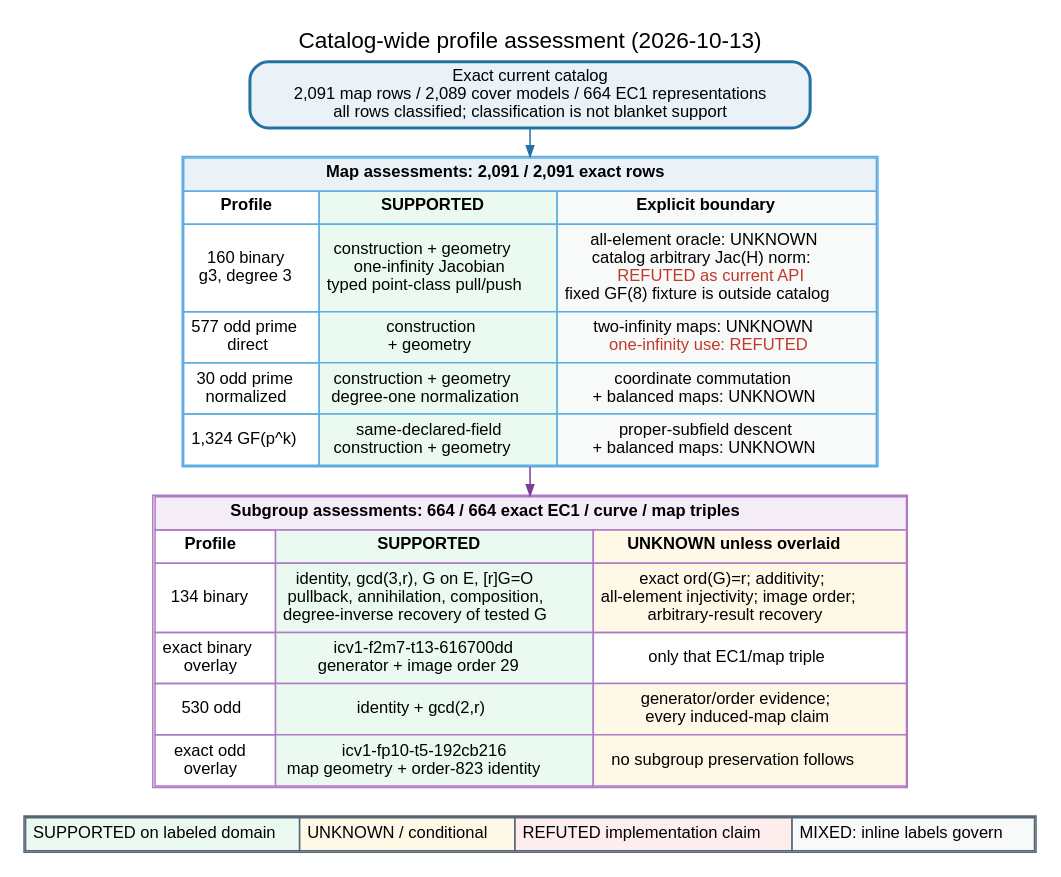
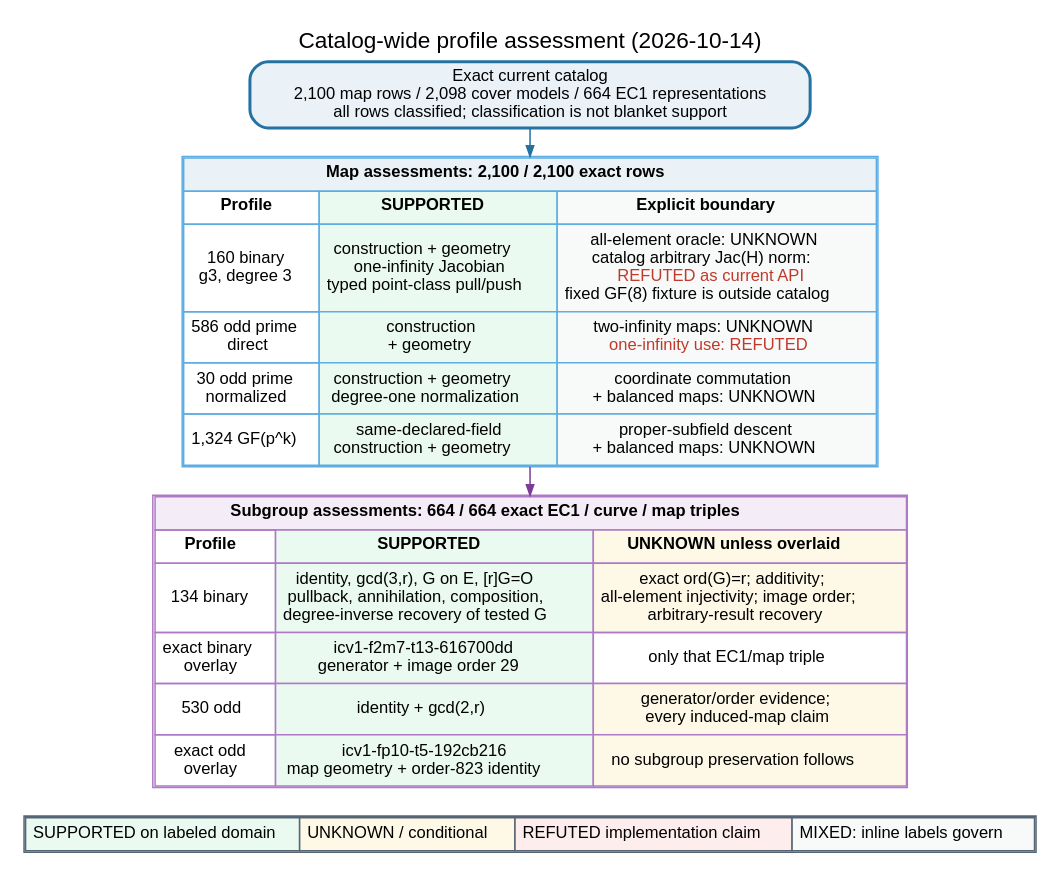
The diagram in research/cover_transfer_assessment_20261013/typed_correspondence.dot (aburan28/crypto), drawn with Graphviz before and after one commit. The commit also changed 28 other files, not shown here.

Commit message:
Refresh cover assessment for 2100-curve catalog

```diff
--- a/research/cover_transfer_assessment_20261013/typed_correspondence.dot
+++ b/research/cover_transfer_assessment_20261013/typed_correspondence.dot
@@ -1,64 +1,64 @@
-// cover-transfer-assessments/v2; catalog_maps=2091; unique_cover_models=2089; geometry_verified_maps=2091; ec1_representations=664; assessed_maps=2091; unassessed_maps=0; assessed_subgroups=664; unassessed_subgroups=0
+// cover-transfer-assessments/v2; catalog_maps=2100; unique_cover_models=2098; geometry_verified_maps=2100; ec1_representations=664; assessed_maps=2100; unassessed_maps=0; assessed_subgroups=664; unassessed_subgroups=0
 digraph cover_transfer_assessment {
   graph [
     rankdir=TB,
     bgcolor="white",
     pad="0.12",
     nodesep="0.20",
     ranksep="0.26",
     fontname="Helvetica",
     fontsize=15,
     labelloc="t",
-    label="Catalog-wide profile assessment (2026-10-13)"
+    label="Catalog-wide profile assessment (2026-10-14)"
   ];
   node [shape=box, style="rounded,filled", fillcolor="white", color="#34495e", fontname="Helvetica", fontsize=11];
   edge [fontname="Helvetica", fontsize=9, color="#34495e", arrowsize=0.7];
 
   catalog [
-    label="Exact current catalog\n2,091 map rows / 2,089 cover models / 664 EC1 representations\nall rows classified; classification is not blanket support",
+    label="Exact current catalog\n2,100 map rows / 2,098 cover models / 664 EC1 representations\nall rows classified; classification is not blanket support",
     fillcolor="#eaf2f8",
     color="#2471a3",
     penwidth=2
   ];
 
   maps [
     shape=plain,
     label=<
       <TABLE BORDER="1" CELLBORDER="1" CELLSPACING="0" CELLPADDING="4" COLOR="#5dade2">
-        <TR><TD COLSPAN="3" BGCOLOR="#eaf2f8"><B>Map assessments: 2,091 / 2,091 exact rows</B></TD></TR>
+        <TR><TD COLSPAN="3" BGCOLOR="#eaf2f8"><B>Map assessments: 2,100 / 2,100 exact rows</B></TD></TR>
         <TR><TD><B>Profile</B></TD><TD BGCOLOR="#eafaf1"><B>SUPPORTED</B></TD><TD BGCOLOR="#f8f9f9"><B>Explicit boundary</B></TD></TR>
         <TR><TD>160 binary<BR/>g3, degree 3</TD><TD BGCOLOR="#eafaf1">construction + geometry<BR/>one-infinity Jacobian<BR/>typed point-class pull/push</TD><TD BGCOLOR="#f8f9f9">all-element oracle: UNKNOWN<BR/>catalog arbitrary Jac(H) norm:<BR/><FONT COLOR="#c0392b">REFUTED as current API</FONT><BR/>fixed GF(8) fixture is outside catalog</TD></TR>
-        <TR><TD>577 odd prime<BR/>direct</TD><TD BGCOLOR="#eafaf1">construction<BR/>+ geometry</TD><TD BGCOLOR="#f8f9f9">two-infinity maps: UNKNOWN<BR/><FONT COLOR="#c0392b">one-infinity use: REFUTED</FONT></TD></TR>
+        <TR><TD>586 odd prime<BR/>direct</TD><TD BGCOLOR="#eafaf1">construction<BR/>+ geometry</TD><TD BGCOLOR="#f8f9f9">two-infinity maps: UNKNOWN<BR/><FONT COLOR="#c0392b">one-infinity use: REFUTED</FONT></TD></TR>
         <TR><TD>30 odd prime<BR/>normalized</TD><TD BGCOLOR="#eafaf1">construction + geometry<BR/>degree-one normalization</TD><TD BGCOLOR="#f8f9f9">coordinate commutation<BR/>+ balanced maps: UNKNOWN</TD></TR>
         <TR><TD>1,324 GF(p^k)</TD><TD BGCOLOR="#eafaf1">same-declared-field<BR/>construction + geometry</TD><TD BGCOLOR="#f8f9f9">proper-subfield descent<BR/>+ balanced maps: UNKNOWN</TD></TR>
       </TABLE>
     >
   ];
 
   subgroups [
     shape=plain,
     label=<
       <TABLE BORDER="1" CELLBORDER="1" CELLSPACING="0" CELLPADDING="4" COLOR="#af7ac5">
         <TR><TD COLSPAN="3" BGCOLOR="#f4ecf7"><B>Subgroup assessments: 664 / 664 exact EC1 / curve / map triples</B></TD></TR>
         <TR><TD><B>Profile</B></TD><TD BGCOLOR="#eafaf1"><B>SUPPORTED</B></TD><TD BGCOLOR="#fef9e7"><B>UNKNOWN unless overlaid</B></TD></TR>
         <TR><TD>134 binary</TD><TD BGCOLOR="#eafaf1">identity, gcd(3,r), G on E, [r]G=O<BR/>pullback, annihilation, composition,<BR/>degree-inverse recovery of tested G</TD><TD BGCOLOR="#fef9e7">exact ord(G)=r; additivity;<BR/>all-element injectivity; image order;<BR/>arbitrary-result recovery</TD></TR>
         <TR><TD>exact binary<BR/>overlay</TD><TD BGCOLOR="#eafaf1">icv1-f2m7-t13-616700dd<BR/>generator + image order 29</TD><TD>only that EC1/map triple</TD></TR>
         <TR><TD>530 odd</TD><TD BGCOLOR="#eafaf1">identity + gcd(2,r)</TD><TD BGCOLOR="#fef9e7">generator/order evidence;<BR/>every induced-map claim</TD></TR>
         <TR><TD>exact odd<BR/>overlay</TD><TD BGCOLOR="#eafaf1">icv1-fp10-t5-192cb216<BR/>map geometry + order-823 identity</TD><TD BGCOLOR="#fef9e7">no subgroup preservation follows</TD></TR>
       </TABLE>
     >
   ];
 
   legend [
     shape=plain,
     label=<
       <TABLE BORDER="1" CELLBORDER="1" CELLSPACING="0" CELLPADDING="4" COLOR="#566573">
         <TR><TD BGCOLOR="#eafaf1">SUPPORTED on labeled domain</TD><TD BGCOLOR="#fef9e7">UNKNOWN / conditional</TD><TD BGCOLOR="#fdedec">REFUTED implementation claim</TD><TD BGCOLOR="#f8f9f9">MIXED: inline labels govern</TD></TR>
       </TABLE>
     >
   ];
 
   catalog -> maps [color="#2471a3"];
   maps -> subgroups [color="#7d3c98"];
   subgroups -> legend [style="invis", weight=80];
 }
```
